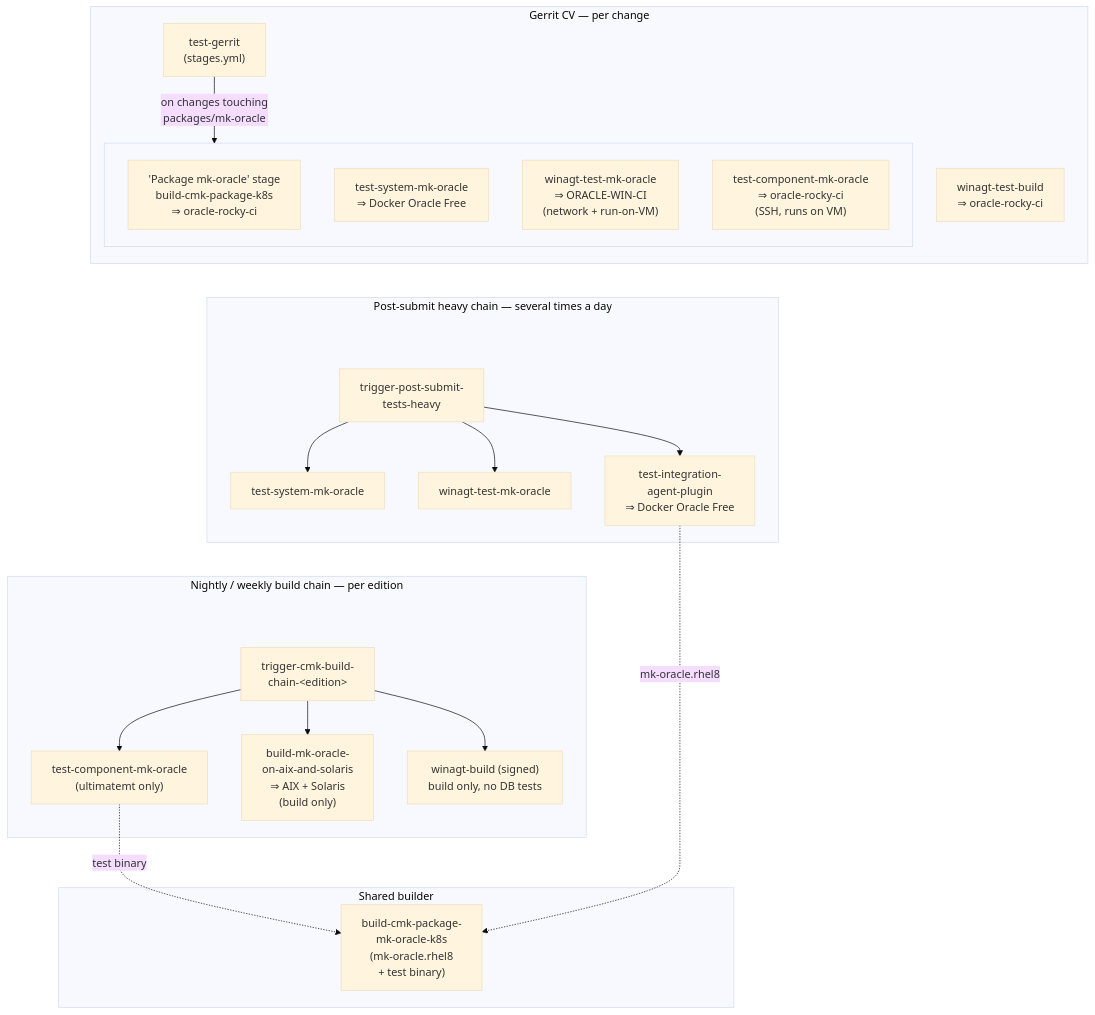
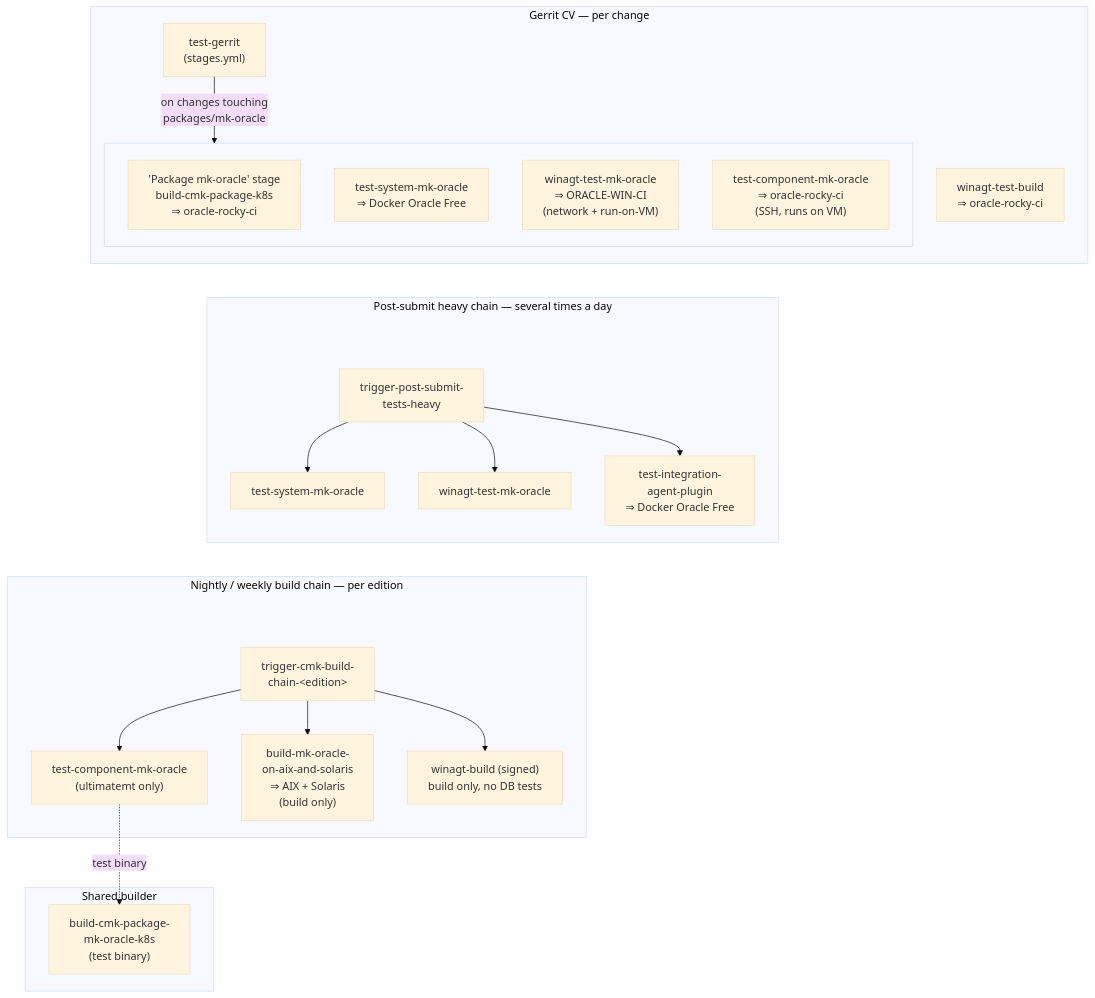
One commit to Checkmk/checkmk changed the diagram in packages/mk-oracle/tests/docs/ci-jobs.md. Above: the diagram before and after it, drawn with Mermaid (base theme). The commit also changed other lines of this file and 6 other files, not shown here.

First line of the commit message:
Package hermetic mk-oracle directly in omd

````diff
--- a/packages/mk-oracle/tests/docs/ci-jobs.md
+++ b/packages/mk-oracle/tests/docs/ci-jobs.md
@@ -23,52 +23,51 @@
 ```mermaid
 flowchart TD
     subgraph CV["Gerrit CV — per change"]
         TG["test-gerrit<br/>(stages.yml)"]
         WTB["winagt-test-build<br/>⇒ oracle-rocky-ci"]
         subgraph CVORA[" "]
             PKG["'Package mk-oracle' stage<br/>build-cmk-package-k8s<br/>⇒ oracle-rocky-ci"]
             CVTSM["test-system-mk-oracle<br/>⇒ Docker Oracle Free"]
             CVWMO["winagt-test-mk-oracle<br/>⇒ ORACLE-WIN-CI<br/>(network + run-on-VM)"]
             CVTCM["test-component-mk-oracle<br/>⇒ oracle-rocky-ci<br/>(SSH, runs on VM)"]
         end
         TG -->|"on changes touching<br/>packages/mk-oracle"| CVORA
     end
 
     subgraph HEAVY["Post-submit heavy chain — several times a day"]
         HSPACE[" "]
         TH["trigger-post-submit-<br/>tests-heavy"]
         HSPACE ~~~ TH
         HTSM["test-system-mk-oracle"]
         HWMO["winagt-test-mk-oracle"]
         IAP["test-integration-<br/>agent-plugin<br/>⇒ Docker Oracle Free"]
         TH --> HTSM
         TH --> HWMO
         TH --> IAP
     end
 
     subgraph NIGHTLY["Nightly / weekly build chain — per edition"]
         NSPACE[" "]
         BC["trigger-cmk-build-<br/>chain-&lt;edition&gt;"]
         NSPACE ~~~ BC
         NTCM["test-component-mk-oracle<br/>(ultimatemt only)"]
         AIXSOL["build-mk-oracle-<br/>on-aix-and-solaris<br/>⇒ AIX + Solaris<br/>(build only)"]
         WB["winagt-build (signed)<br/>build only, no DB tests"]
         BC --> NTCM
         BC --> AIXSOL
         BC --> WB
     end
 
     subgraph SHARED["Shared builder"]
-        K8S["build-cmk-package-<br/>mk-oracle-k8s<br/>(mk-oracle.rhel8<br/>+ test binary)"]
+        K8S["build-cmk-package-<br/>mk-oracle-k8s<br/>(test binary)"]
     end
 
     %% invisible links: keep the blocks in development-workflow order
     CVTSM ~~~ HSPACE
     HTSM ~~~ NSPACE
 
     NTCM -. "test binary" .-> K8S
-    IAP -. "mk-oracle.rhel8" .-> K8S
 
     classDef spacer fill:none,stroke:none
     class HSPACE,NSPACE spacer
 ```
````
